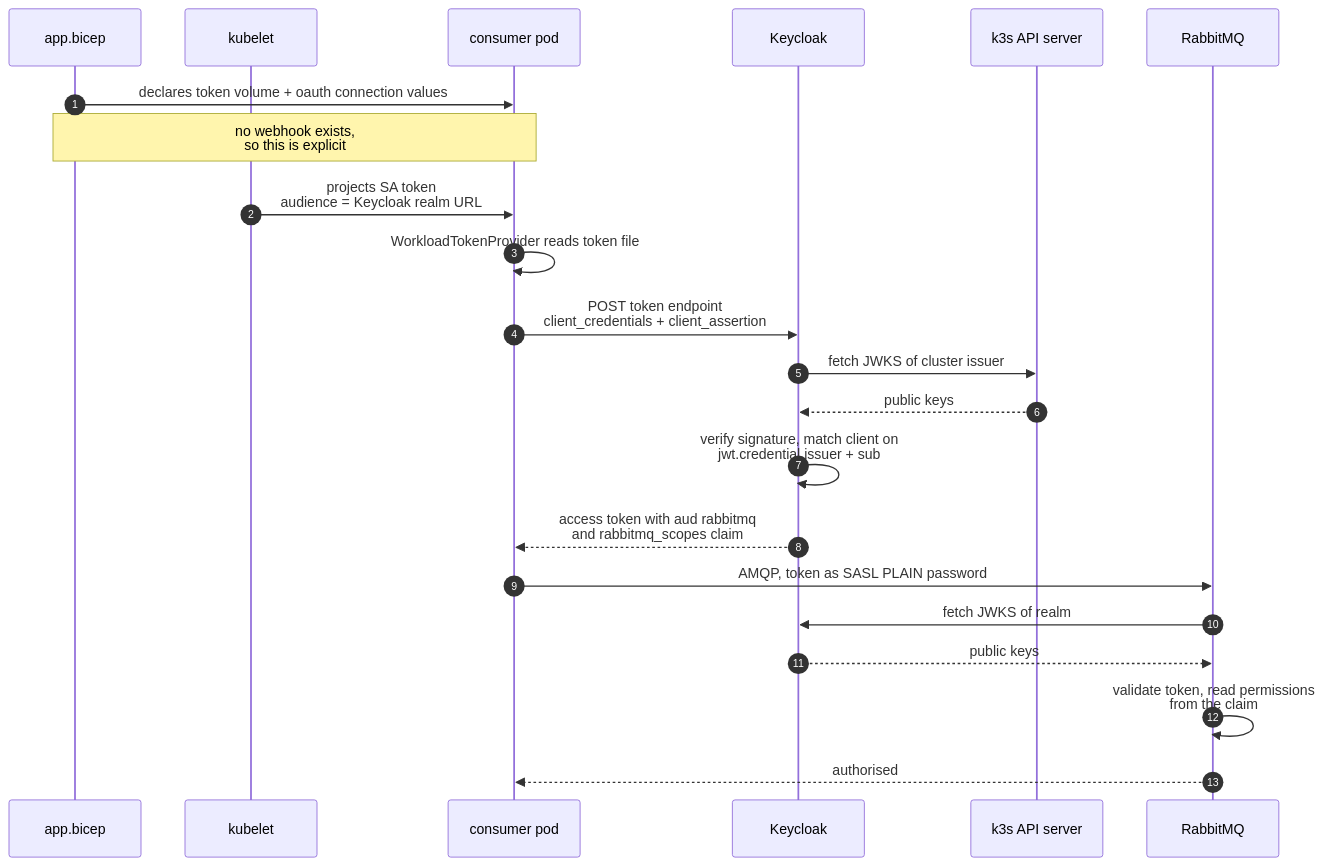
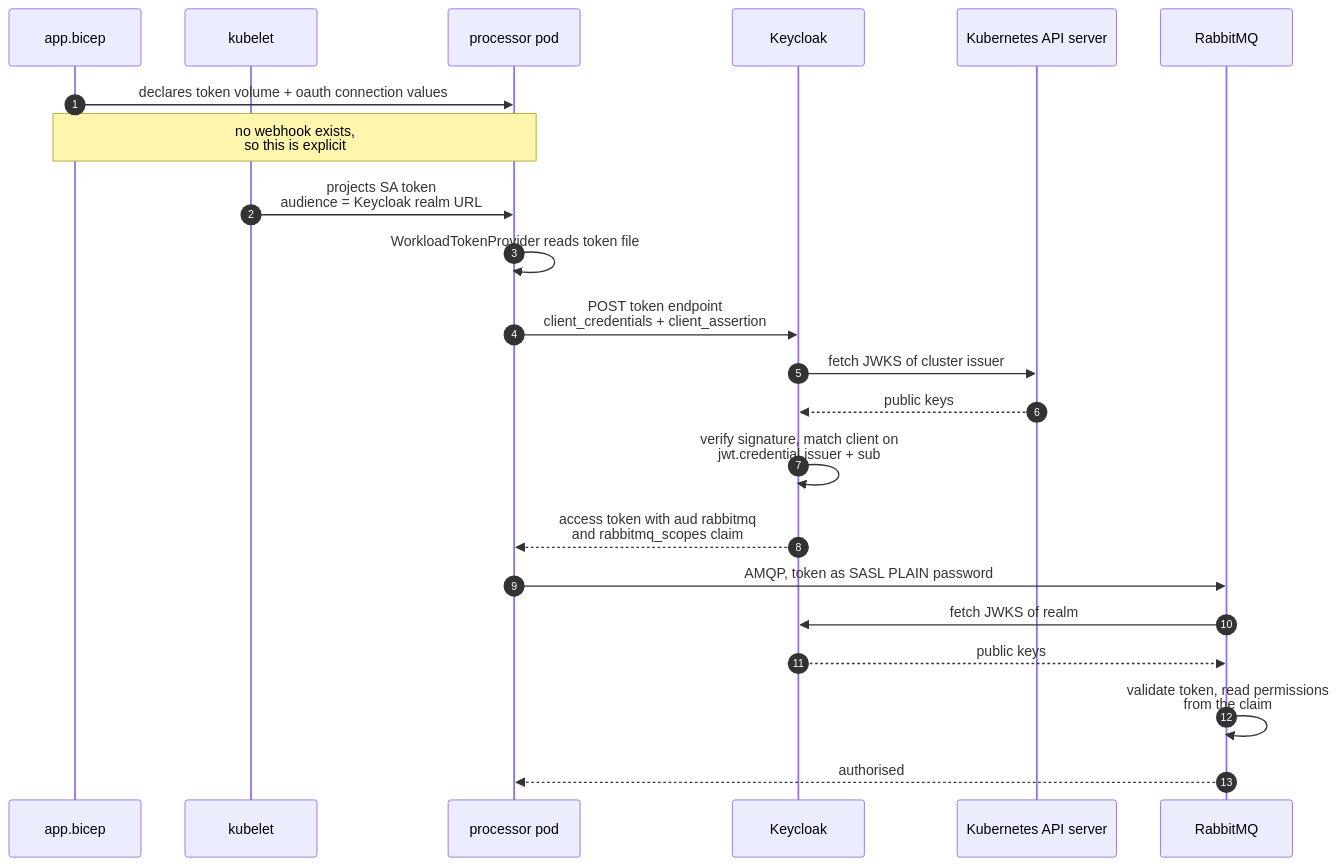
Before and after one commit to Azure-Samples/portability-patterns-library: the second of 4 diagrams in samples/OrderManagementApp/docs/workload-identity.md, drawn with Mermaid. The commit also changed other lines of this file and 132 other files, not shown here.

````diff
--- a/samples/OrderManagementApp/docs/workload-identity.md
+++ b/samples/OrderManagementApp/docs/workload-identity.md
@@ -172,28 +175,28 @@
 ```mermaid
 sequenceDiagram
     autonumber
     participant BIC as app.bicep
     participant KL as kubelet
-    participant POD as consumer pod
+    participant POD as processor pod
     participant KC as Keycloak
-    participant API as k3s API server
+    participant API as Kubernetes API server
     participant RMQ as RabbitMQ
 
     BIC->>POD: declares token volume + oauth connection values
     Note over BIC,POD: no webhook exists,<br/>so this is explicit
 
     KL->>POD: projects SA token<br/>audience = Keycloak realm URL
 
     POD->>POD: WorkloadTokenProvider reads token file
     POD->>KC: POST token endpoint<br/>client_credentials + client_assertion
     KC->>API: fetch JWKS of cluster issuer
     API-->>KC: public keys
     KC->>KC: verify signature, match client on<br/>jwt.credential issuer + sub
     KC-->>POD: access token with aud rabbitmq<br/>and rabbitmq_scopes claim
 
     POD->>RMQ: AMQP, token as SASL PLAIN password
     RMQ->>KC: fetch JWKS of realm
     KC-->>RMQ: public keys
     RMQ->>RMQ: validate token, read permissions<br/>from the claim
     RMQ-->>POD: authorised
 ```
````
